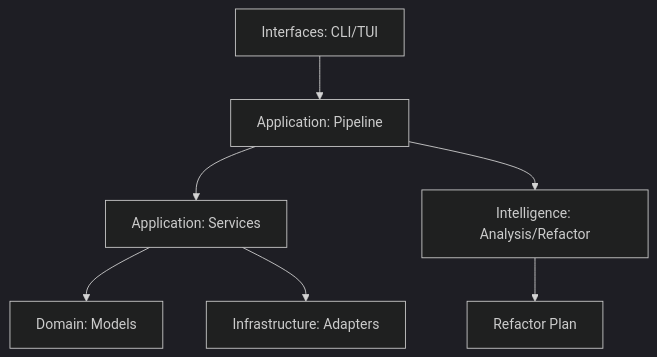
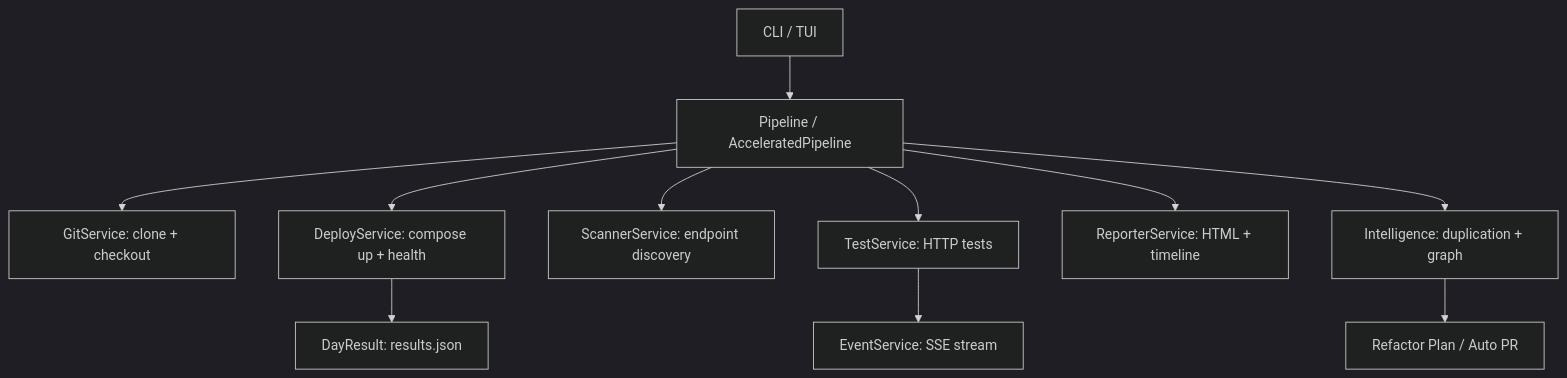
Before and after one commit to semcod/resplit: the diagram in docs/architecture.md, drawn with Mermaid (dark theme). The commit also changed other lines of this file and 6 other files, not shown here.

````diff
--- a/docs/architecture.md
+++ b/docs/architecture.md
@@ -30,9 +72,13 @@
 ```mermaid
 graph TD
-    CLI[Interfaces: CLI/TUI] --> Pipeline[Application: Pipeline]
-    Pipeline --> Services[Application: Services]
-    Services --> Domain[Domain: Models]
-    Services --> Infra[Infrastructure: Adapters]
-    Pipeline --> Analysis[Intelligence: Analysis/Refactor]
-    Analysis --> RefactorPlan[Refactor Plan]
+    CLI[CLI / TUI] --> Pipeline[Pipeline / AcceleratedPipeline]
+    Pipeline --> Git[GitService: clone + checkout]
+    Pipeline --> Deploy[DeployService: compose up + health]
+    Pipeline --> Scanner[ScannerService: endpoint discovery]
+    Pipeline --> Tester[TestService: HTTP tests]
+    Pipeline --> Reporter[ReporterService: HTML + timeline]
+    Tester --> EventService[EventService: SSE stream]
+    Pipeline --> Analysis[Intelligence: duplication + graph]
+    Analysis --> RefactorPlan[Refactor Plan / Auto PR]
+    Deploy --> DayResult[DayResult: results.json]
 ```
````
